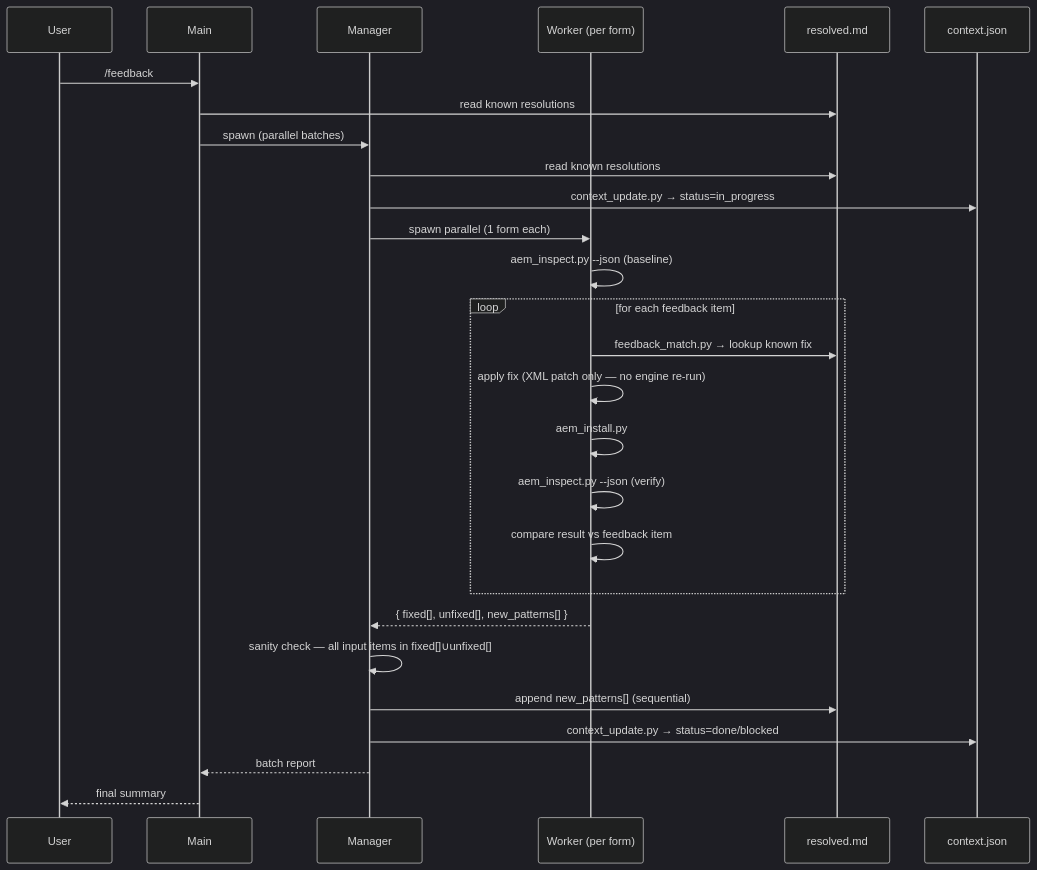
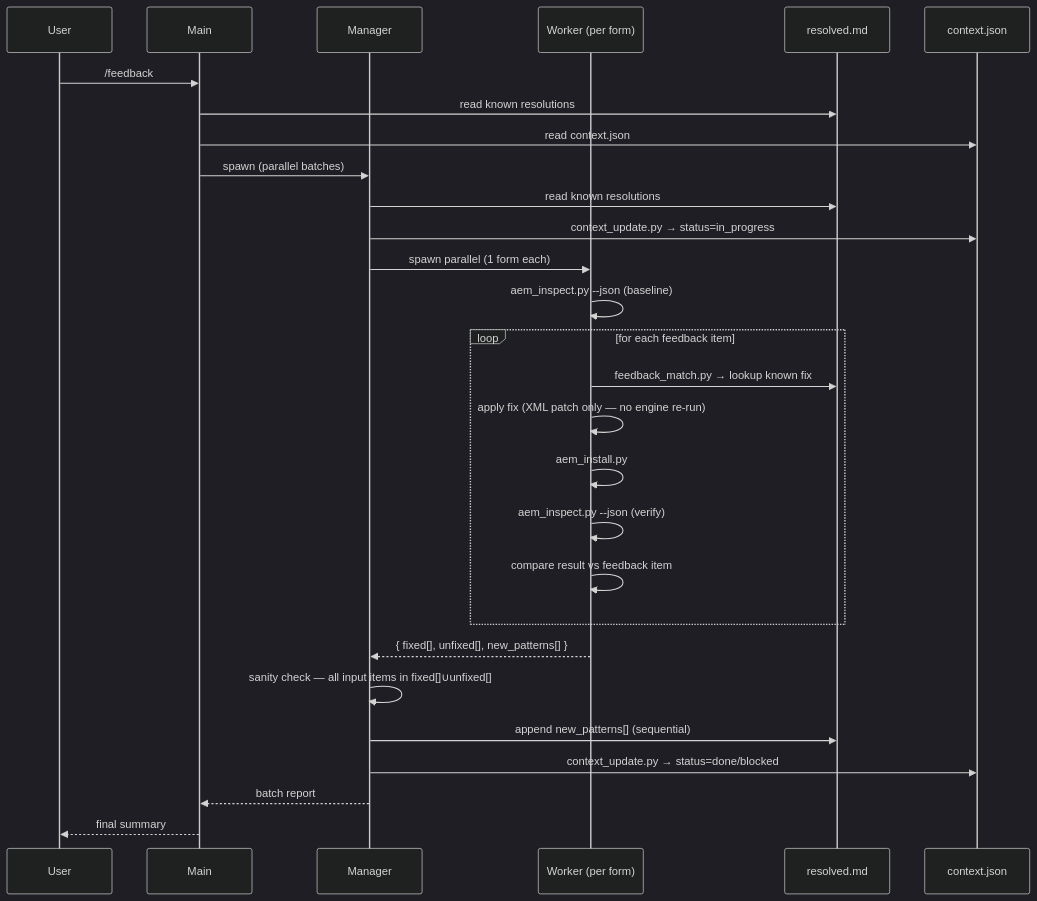
One commit to ajilach/ajila-forms-conversion-engine changed the second of 2 diagrams in docs/feedback-pipeline-plan.md. Above: the diagram before and after it, drawn with Mermaid (dark theme).

Commit message:
show Main reading context.json in sequence diagram

````diff
--- a/docs/feedback-pipeline-plan.md
+++ b/docs/feedback-pipeline-plan.md
@@ -46,36 +46,37 @@
 ```mermaid
 sequenceDiagram
     participant U as User
     participant Main
     participant Mgr as Manager
     participant Wkr as Worker (per form)
     participant R as resolved.md
     participant C as context.json
 
     U->>Main: /feedback
     Main->>R: read known resolutions
+    Main->>C: read context.json
     Main->>Mgr: spawn (parallel batches)
 
     Mgr->>R: read known resolutions
     Mgr->>C: context_update.py → status=in_progress
     Mgr->>Wkr: spawn parallel (1 form each)
 
     Wkr->>Wkr: aem_inspect.py --json (baseline)
 
     loop for each feedback item
         Wkr->>R: feedback_match.py → lookup known fix
         Wkr->>Wkr: apply fix (XML patch only — no engine re-run)
         Wkr->>Wkr: aem_install.py
         Wkr->>Wkr: aem_inspect.py --json (verify)
         Wkr->>Wkr: compare result vs feedback item
     end
 
     Wkr-->>Mgr: { fixed[], unfixed[], new_patterns[] }
 
     Mgr->>Mgr: sanity check — all input items in fixed[]∪unfixed[]
     Mgr->>R: append new_patterns[] (sequential)
     Mgr->>C: context_update.py → status=done/blocked
     Mgr-->>Main: batch report
 
     Main-->>U: final summary
 ```
````
